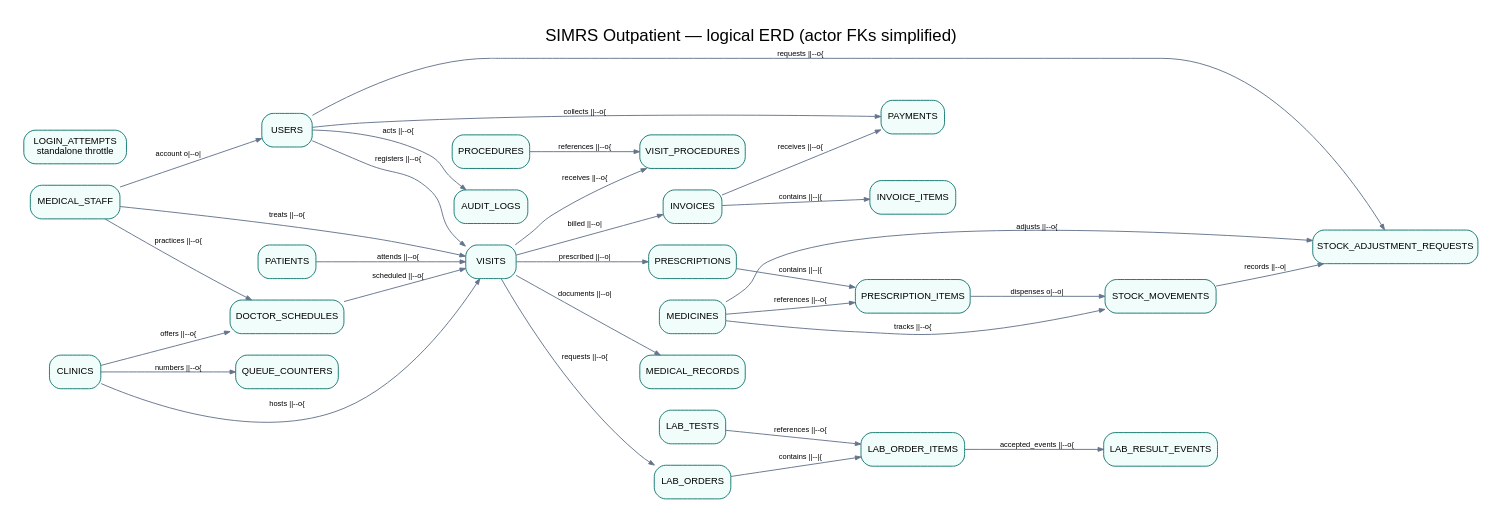
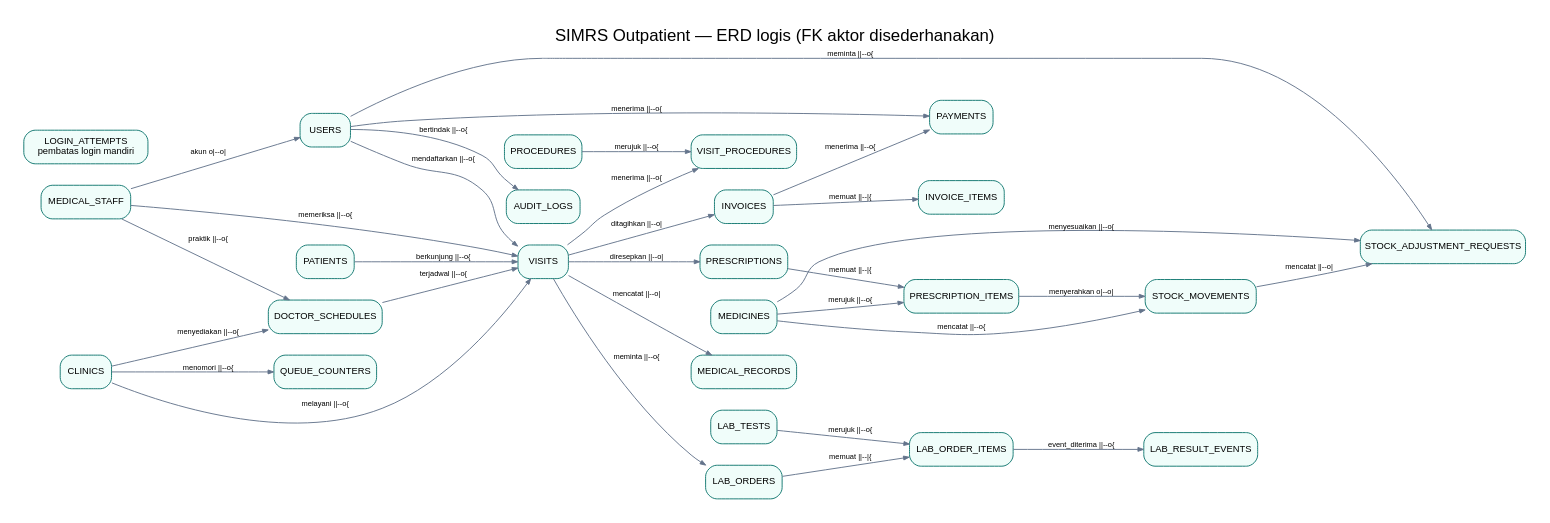
One commit to Al-gast/simrs-outpatient changed the diagram in docs/diagrams/erd.dot. Above: the diagram before and after it, drawn with Graphviz. The commit also changed 43 other files, not shown here.

```diff
--- a/docs/diagrams/erd.dot
+++ b/docs/diagrams/erd.dot
@@ -1,36 +1,36 @@
 digraph erd {
-graph [rankdir=LR, bgcolor="white", pad=.25, nodesep=.32, ranksep=.65, fontname="Helvetica",label="SIMRS Outpatient — logical ERD (actor FKs simplified)",labelloc=t,fontsize=18];
+graph [rankdir=LR, bgcolor="white", pad=.25, nodesep=.32, ranksep=.65, fontname="Helvetica",label="SIMRS Outpatient — ERD logis (FK aktor disederhanakan)",labelloc=t,fontsize=18];
 node [shape=box,style="rounded,filled",fillcolor="#F0FDFA",color="#0F766E",fontname="Helvetica",fontsize=10];
 edge [fontname="Helvetica",fontsize=8,color="#64748B",arrowsize=.6];
-CLINICS -> DOCTOR_SCHEDULES [label="offers ||--o{"];
-MEDICAL_STAFF -> DOCTOR_SCHEDULES [label="practices ||--o{"];
-MEDICAL_STAFF -> USERS [label="account o|--o|"];
-CLINICS -> QUEUE_COUNTERS [label="numbers ||--o{"];
-PATIENTS -> VISITS [label="attends ||--o{"];
-MEDICAL_STAFF -> VISITS [label="treats ||--o{"];
-CLINICS -> VISITS [label="hosts ||--o{"];
-DOCTOR_SCHEDULES -> VISITS [label="scheduled ||--o{"];
-VISITS -> MEDICAL_RECORDS [label="documents ||--o|"];
-VISITS -> VISIT_PROCEDURES [label="receives ||--o{"];
-PROCEDURES -> VISIT_PROCEDURES [label="references ||--o{"];
-VISITS -> PRESCRIPTIONS [label="prescribed ||--o|"];
-PRESCRIPTIONS -> PRESCRIPTION_ITEMS [label="contains ||--|{"];
-MEDICINES -> PRESCRIPTION_ITEMS [label="references ||--o{"];
-MEDICINES -> STOCK_MOVEMENTS [label="tracks ||--o{"];
-PRESCRIPTION_ITEMS -> STOCK_MOVEMENTS [label="dispenses o|--o|"];
-VISITS -> LAB_ORDERS [label="requests ||--o{"];
-LAB_ORDERS -> LAB_ORDER_ITEMS [label="contains ||--|{"];
-LAB_TESTS -> LAB_ORDER_ITEMS [label="references ||--o{"];
-LAB_ORDER_ITEMS -> LAB_RESULT_EVENTS [label="accepted_events ||--o{"];
-VISITS -> INVOICES [label="billed ||--o|"];
-INVOICES -> INVOICE_ITEMS [label="contains ||--|{"];
-INVOICES -> PAYMENTS [label="receives ||--o{"];
-USERS -> AUDIT_LOGS [label="acts ||--o{"];
-USERS -> VISITS [label="registers ||--o{"];
-USERS -> PAYMENTS [label="collects ||--o{"];
-MEDICINES -> STOCK_ADJUSTMENT_REQUESTS [label="adjusts ||--o{"];
-USERS -> STOCK_ADJUSTMENT_REQUESTS [label="requests ||--o{"];
-STOCK_MOVEMENTS -> STOCK_ADJUSTMENT_REQUESTS [label="records ||--o|"];
+CLINICS -> DOCTOR_SCHEDULES [label="menyediakan ||--o{"];
+MEDICAL_STAFF -> DOCTOR_SCHEDULES [label="praktik ||--o{"];
+MEDICAL_STAFF -> USERS [label="akun o|--o|"];
+CLINICS -> QUEUE_COUNTERS [label="menomori ||--o{"];
+PATIENTS -> VISITS [label="berkunjung ||--o{"];
+MEDICAL_STAFF -> VISITS [label="memeriksa ||--o{"];
+CLINICS -> VISITS [label="melayani ||--o{"];
+DOCTOR_SCHEDULES -> VISITS [label="terjadwal ||--o{"];
+VISITS -> MEDICAL_RECORDS [label="mencatat ||--o|"];
+VISITS -> VISIT_PROCEDURES [label="menerima ||--o{"];
+PROCEDURES -> VISIT_PROCEDURES [label="merujuk ||--o{"];
+VISITS -> PRESCRIPTIONS [label="diresepkan ||--o|"];
+PRESCRIPTIONS -> PRESCRIPTION_ITEMS [label="memuat ||--|{"];
+MEDICINES -> PRESCRIPTION_ITEMS [label="merujuk ||--o{"];
+MEDICINES -> STOCK_MOVEMENTS [label="mencatat ||--o{"];
+PRESCRIPTION_ITEMS -> STOCK_MOVEMENTS [label="menyerahkan o|--o|"];
+VISITS -> LAB_ORDERS [label="meminta ||--o{"];
+LAB_ORDERS -> LAB_ORDER_ITEMS [label="memuat ||--|{"];
+LAB_TESTS -> LAB_ORDER_ITEMS [label="merujuk ||--o{"];
+LAB_ORDER_ITEMS -> LAB_RESULT_EVENTS [label="event_diterima ||--o{"];
+VISITS -> INVOICES [label="ditagihkan ||--o|"];
+INVOICES -> INVOICE_ITEMS [label="memuat ||--|{"];
+INVOICES -> PAYMENTS [label="menerima ||--o{"];
+USERS -> AUDIT_LOGS [label="bertindak ||--o{"];
+USERS -> VISITS [label="mendaftarkan ||--o{"];
+USERS -> PAYMENTS [label="menerima ||--o{"];
+MEDICINES -> STOCK_ADJUSTMENT_REQUESTS [label="menyesuaikan ||--o{"];
+USERS -> STOCK_ADJUSTMENT_REQUESTS [label="meminta ||--o{"];
+STOCK_MOVEMENTS -> STOCK_ADJUSTMENT_REQUESTS [label="mencatat ||--o|"];
 LOGIN_ATTEMPTS [label="LOGIN_ATTEMPTS
-standalone throttle"];
+pembatas login mandiri"];
 }
```
